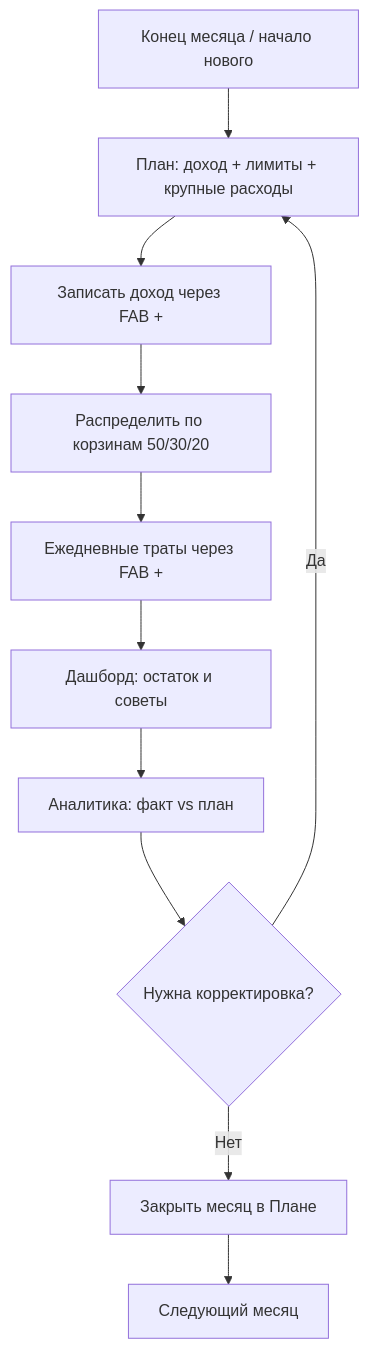
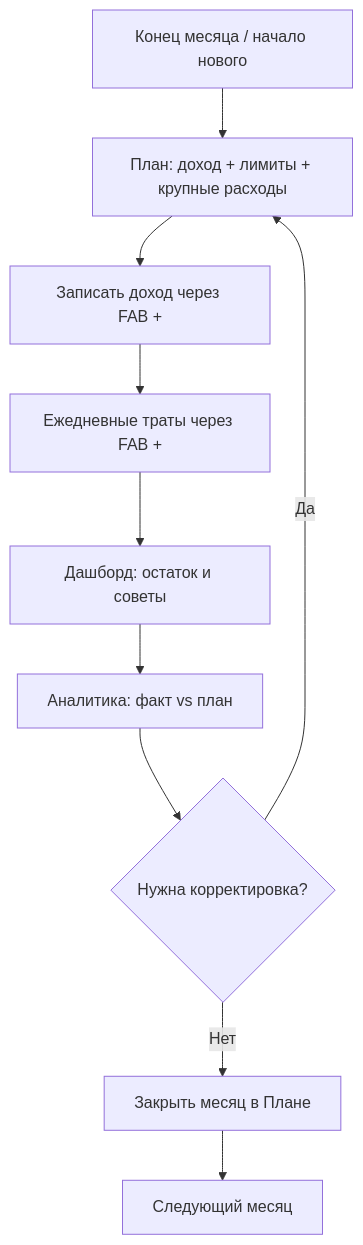
One commit to avdealex360/fin-home changed the diagram in docs/PROJECT.md. Above: the diagram before and after it, drawn with Mermaid. The commit also changed other lines of this file and 22 other files, not shown here.

````diff
--- a/docs/PROJECT.md
+++ b/docs/PROJECT.md
@@ -176,13 +173,12 @@
 ```mermaid
 flowchart TD
     start[Конец месяца / начало нового] --> plan[План: доход + лимиты + крупные расходы]
     plan --> income[Записать доход через FAB +]
-    income --> alloc[Распределить по корзинам 50/30/20]
-    alloc --> daily[Ежедневные траты через FAB +]
+    income --> daily[Ежедневные траты через FAB +]
     daily --> check[Дашборд: остаток и советы]
     check --> analytics[Аналитика: факт vs план]
     analytics --> adjust{Нужна корректировка?}
     adjust -->|Да| plan
     adjust -->|Нет| close[Закрыть месяц в Плане]
     close --> next[Следующий месяц]
 ```
````
